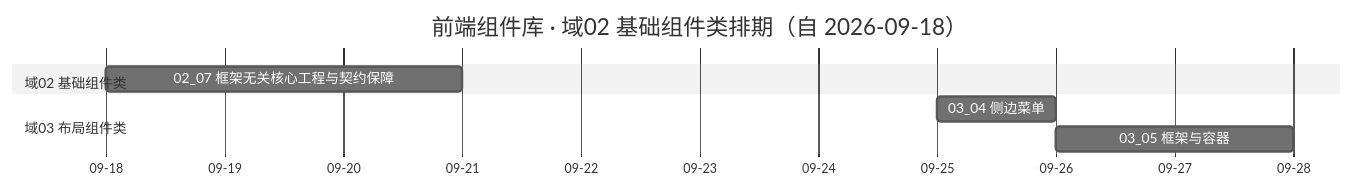
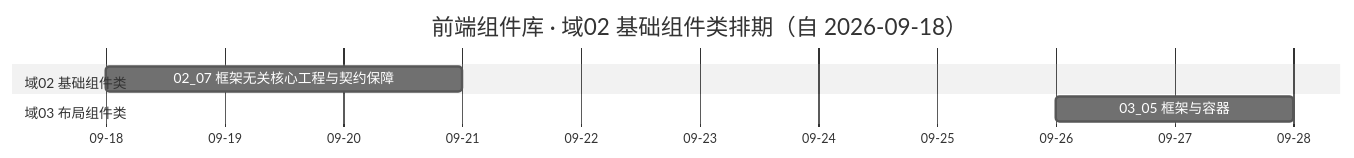
One commit to minjian123/basic-management-system changed the diagram in bms文档/项目/04_前端组件库/计划/01_计划_前端组件库.md. Above: the diagram before and after it, drawn with Mermaid (neutral theme). The commit also changed other lines of this file and 4 other files, not shown here.

````diff
--- a/bms文档/项目/04_前端组件库/计划/01_计划_前端组件库.md
+++ b/bms文档/项目/04_前端组件库/计划/01_计划_前端组件库.md
@@ -42,11 +42,10 @@
 ```mermaid
 gantt
     title 前端组件库 · 域02 基础组件类排期（自 2026-09-18）
     dateFormat  YYYY-MM-DD
     axisFormat %m-%d
     section 域02 基础组件类
     02_07 框架无关核心工程与契约保障 :a07, 2026-09-18, 3d
     section 域03 布局组件类
-    03_04 侧边菜单                   :b04, 2026-09-25, 1d
     03_05 框架与容器                 :b05, 2026-09-26, 2d
 ```
````
